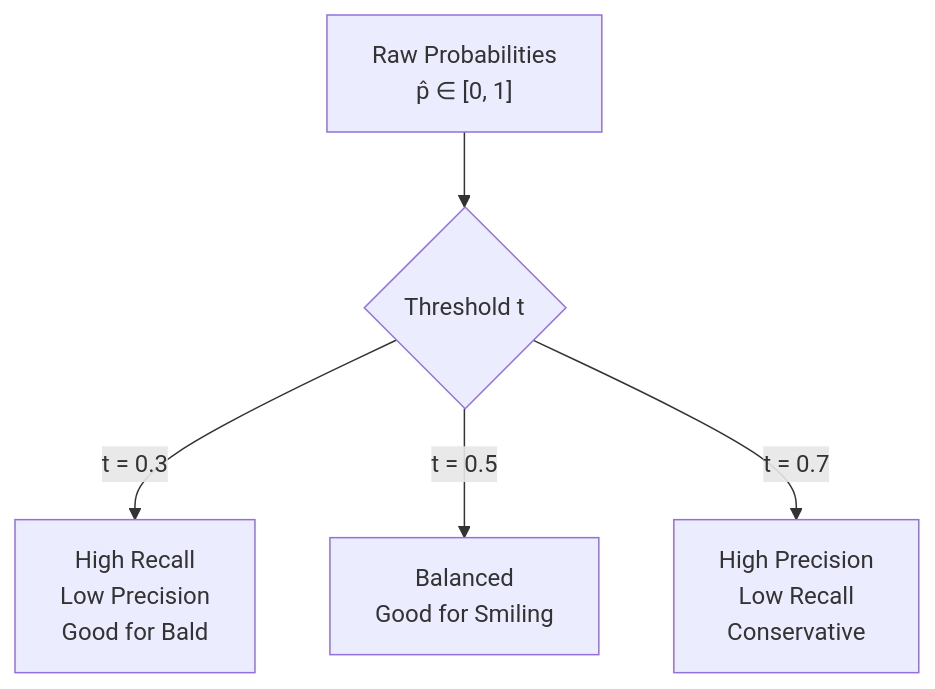
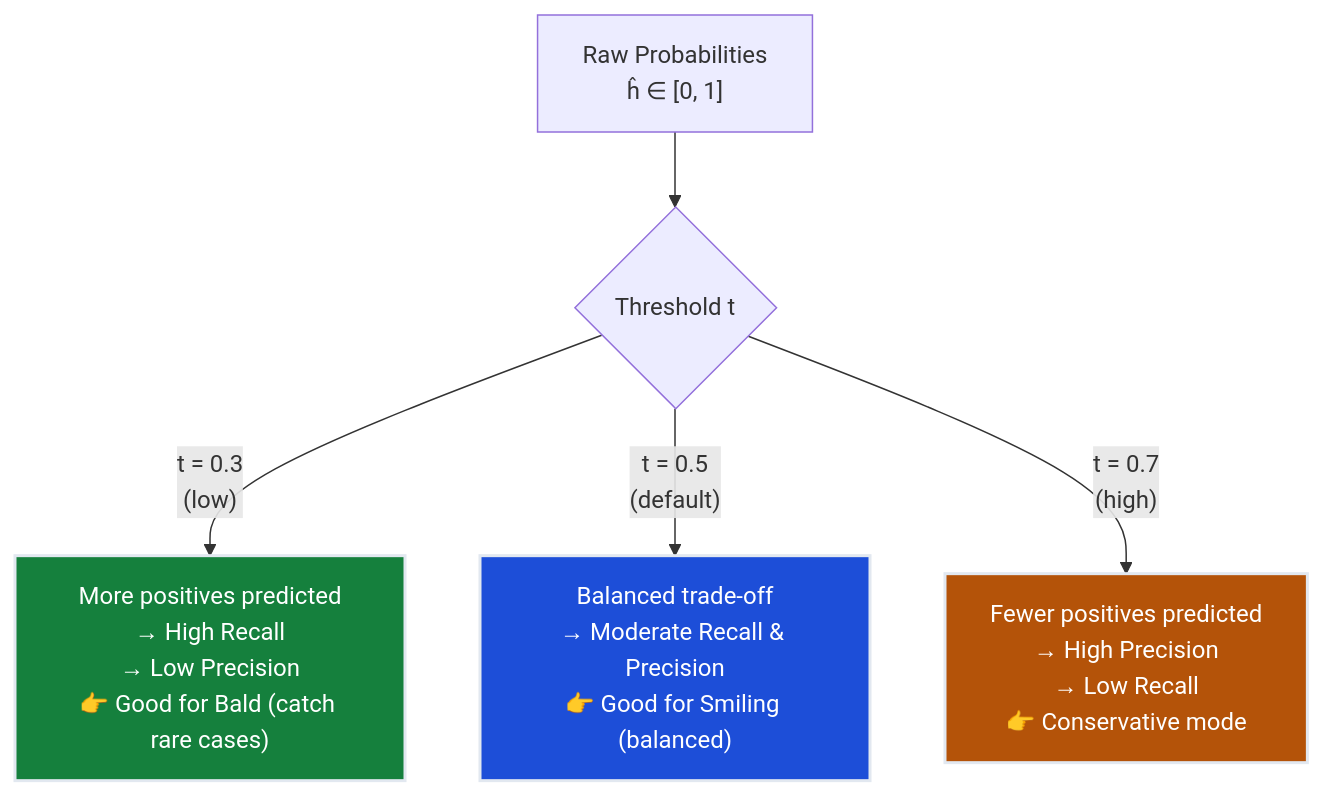
One commit to deepakshamsft/ai-portfolio changed the second of 5 diagrams in notes/ML/02_classification/ch03_metrics/README.md. Above: the diagram before and after it, drawn with Mermaid. The commit also changed other lines of this file and 41 other files, not shown here.

````diff
--- a/notes/ML/02_classification/ch03_metrics/README.md
+++ b/notes/ML/02_classification/ch03_metrics/README.md
@@ -147,7 +336,10 @@
 ```mermaid
 graph TD
-    A["Raw Probabilities<br/>p̂ ∈ [0, 1]"] --> B{"Threshold t"}
-    B -->|"t = 0.3"| C["High Recall<br/>Low Precision<br/>Good for Bald"]
-    B -->|"t = 0.5"| D["Balanced<br/>Good for Smiling"]
-    B -->|"t = 0.7"| E["High Precision<br/>Low Recall<br/>Conservative"]
+    A["Raw Probabilities<br/>ĥ ∈ [0, 1]"] --> B{"Threshold t"}
+    B -->|"t = 0.3<br/>(low)"| C["More positives predicted<br/>→ High Recall<br/>→ Low Precision<br/>👉 Good for Bald (catch rare cases)"]
+    B -->|"t = 0.5<br/>(default)"| D["Balanced trade-off<br/>→ Moderate Recall & Precision<br/>👉 Good for Smiling (balanced)"]
+    B -->|"t = 0.7<br/>(high)"| E["Fewer positives predicted<br/>→ High Precision<br/>→ Low Recall<br/>👉 Conservative mode"]
+    style C fill:#15803d,stroke:#e2e8f0,stroke-width:2px,color:#ffffff
+    style D fill:#1d4ed8,stroke:#e2e8f0,stroke-width:2px,color:#ffffff
+    style E fill:#b45309,stroke:#e2e8f0,stroke-width:2px,color:#ffffff
 ```
````
